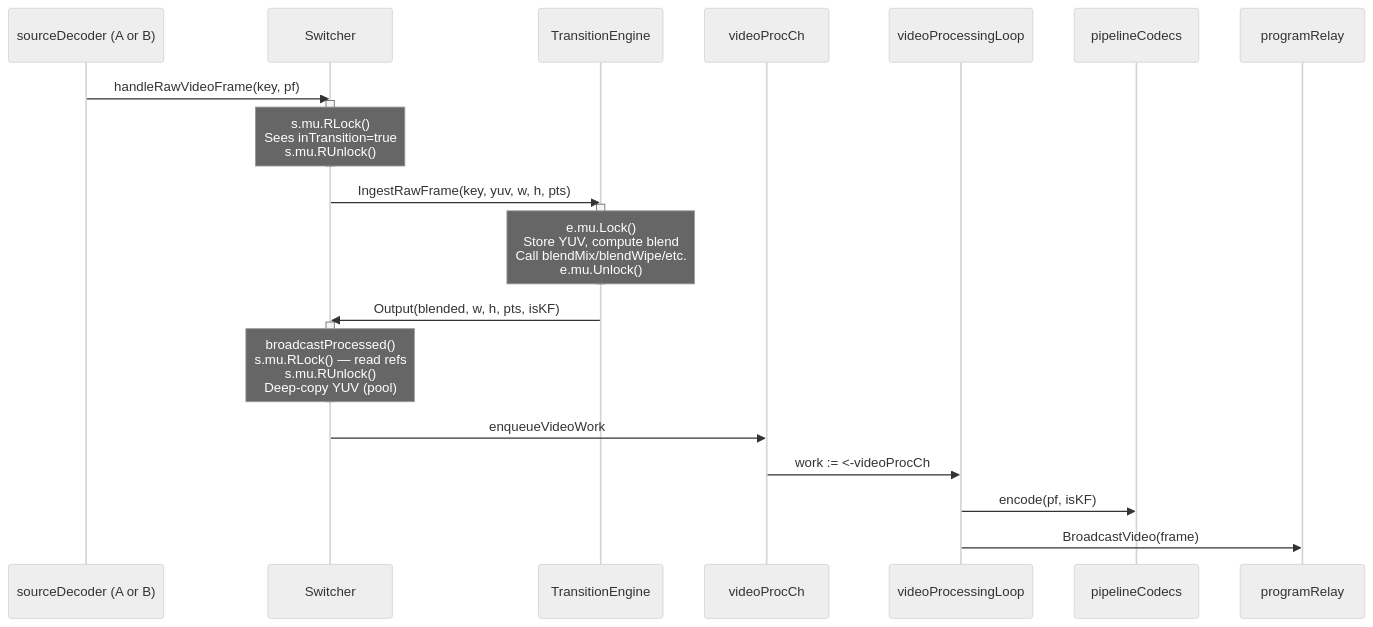
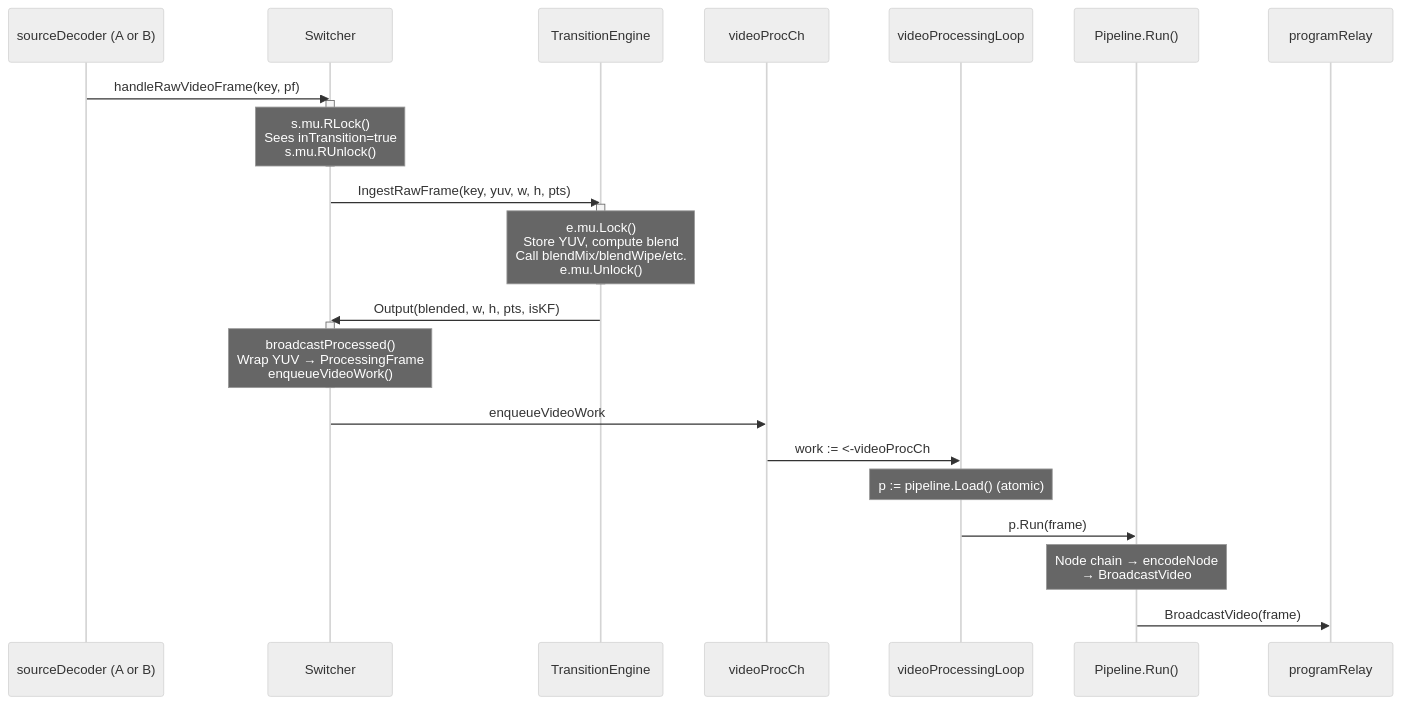
Before and after one commit to zsiec/switchframe: the third of 8 diagrams in docs/locking-and-concurrency.md, drawn with Mermaid (neutral theme). The commit also changed other lines of this file and 1 other file, not shown here.

````diff
--- a/docs/locking-and-concurrency.md
+++ b/docs/locking-and-concurrency.md
@@ -189,30 +190,32 @@
 ```mermaid
 sequenceDiagram
     participant SD as sourceDecoder (A or B)
     participant SW as Switcher
     participant TE as TransitionEngine
     participant CH as videoProcCh
     participant PL as videoProcessingLoop
-    participant PC as pipelineCodecs
+    participant PIPE as Pipeline.Run()
     participant PR as programRelay
 
     SD->>SW: handleRawVideoFrame(key, pf)
     activate SW
     Note over SW: s.mu.RLock()<br/>Sees inTransition=true<br/>s.mu.RUnlock()
     deactivate SW
 
     SW->>TE: IngestRawFrame(key, yuv, w, h, pts)
     activate TE
     Note over TE: e.mu.Lock()<br/>Store YUV, compute blend<br/>Call blendMix/blendWipe/etc.<br/>e.mu.Unlock()
     deactivate TE
 
     TE->>SW: Output(blended, w, h, pts, isKF)
     activate SW
-    Note over SW: broadcastProcessed()<br/>s.mu.RLock() — read refs<br/>s.mu.RUnlock()<br/>Deep-copy YUV (pool)
+    Note over SW: broadcastProcessed()<br/>Wrap YUV → ProcessingFrame<br/>enqueueVideoWork()
     deactivate SW
 
     SW->>CH: enqueueVideoWork
     CH->>PL: work := <-videoProcCh
-    PL->>PC: encode(pf, isKF)
-    PL->>PR: BroadcastVideo(frame)
+    Note over PL: p := pipeline.Load() (atomic)
+    PL->>PIPE: p.Run(frame)
+    Note over PIPE: Node chain → encodeNode<br/>→ BroadcastVideo
+    PIPE->>PR: BroadcastVideo(frame)
 ```
````
